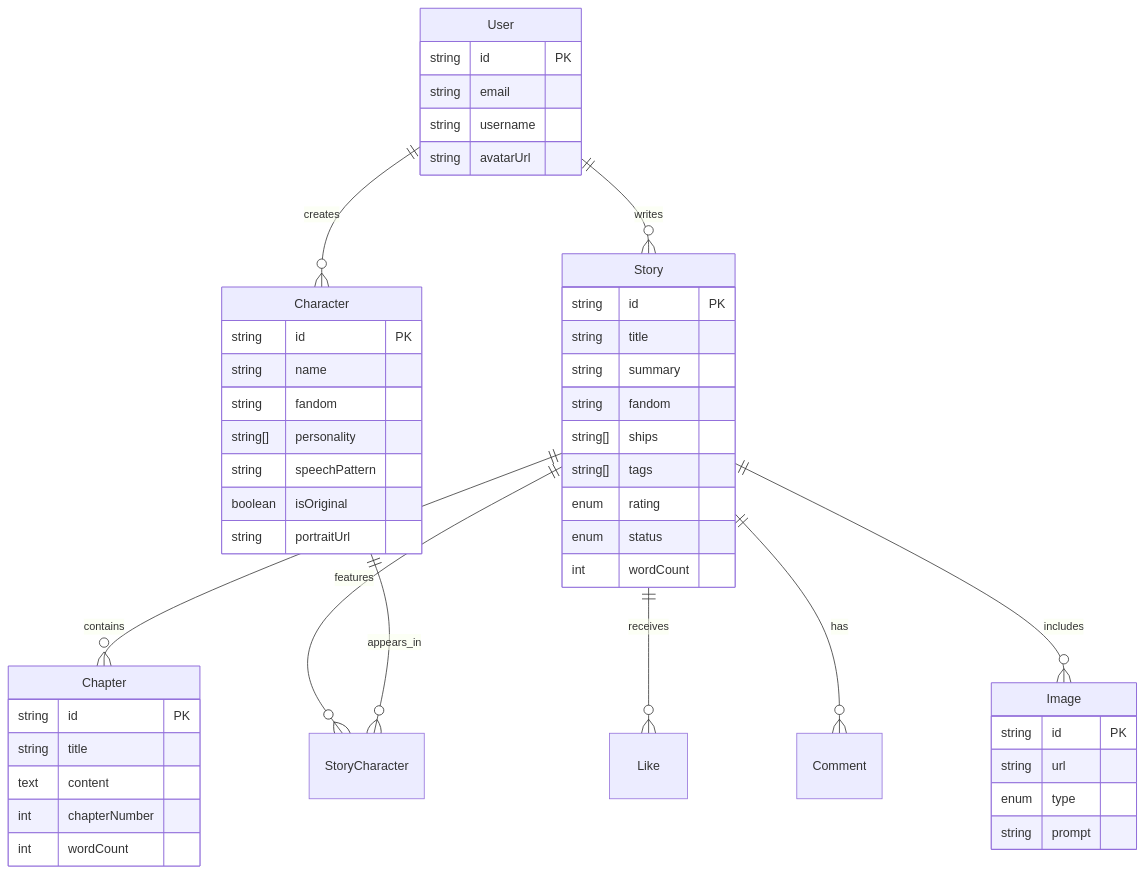
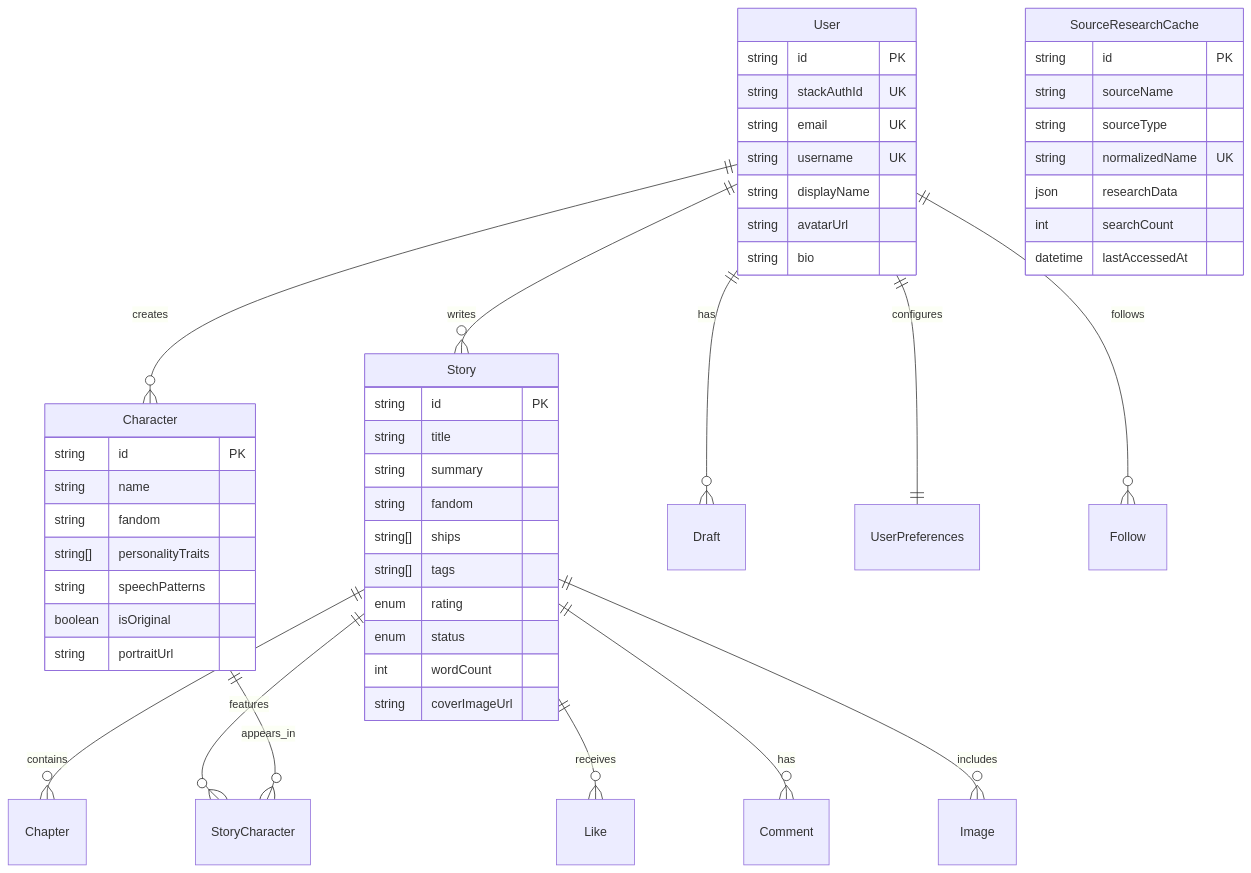
The fifth of 5 diagrams in README.md (ChanMeng666/fanfic-lab), drawn with Mermaid before and after one commit. The commit also changed other lines of this file and 3 other files, not shown here.

````diff
--- a/README.md
+++ b/README.md
@@ -427,55 +513,57 @@
 ```mermaid
 erDiagram
     User ||--o{ Story : writes
     User ||--o{ Character : creates
+    User ||--o{ Draft : has
+    User ||--|| UserPreferences : configures
+    User ||--o{ Follow : follows
     Story ||--o{ Chapter : contains
     Story ||--o{ StoryCharacter : features
     Story ||--o{ Like : receives
     Story ||--o{ Comment : has
     Character ||--o{ StoryCharacter : appears_in
     Story ||--o{ Image : includes
 
     User {
         string id PK
-        string email
-        string username
+        string stackAuthId UK
+        string email UK
+        string username UK
+        string displayName
         string avatarUrl
+        string bio
     }
 
     Story {
         string id PK
         string title
         string summary
         string fandom
         string[] ships
         string[] tags
         enum rating
         enum status
         int wordCount
-    }
-
-    Chapter {
-        string id PK
-        string title
-        text content
-        int chapterNumber
-        int wordCount
+        string coverImageUrl
     }
 
     Character {
         string id PK
         string name
         string fandom
-        string[] personality
-        string speechPattern
+        string[] personalityTraits
+        string speechPatterns
         boolean isOriginal
         string portraitUrl
     }
 
-    Image {
+    SourceResearchCache {
         string id PK
-        string url
-        enum type
-        string prompt
+        string sourceName
+        string sourceType
+        string normalizedName UK
+        json researchData
+        int searchCount
+        datetime lastAccessedAt
     }
 ```
````
